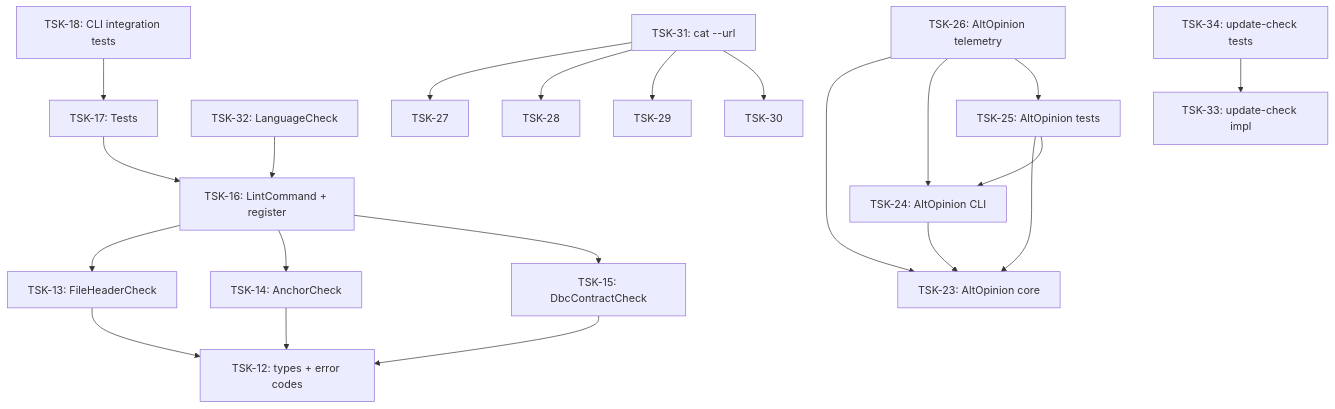
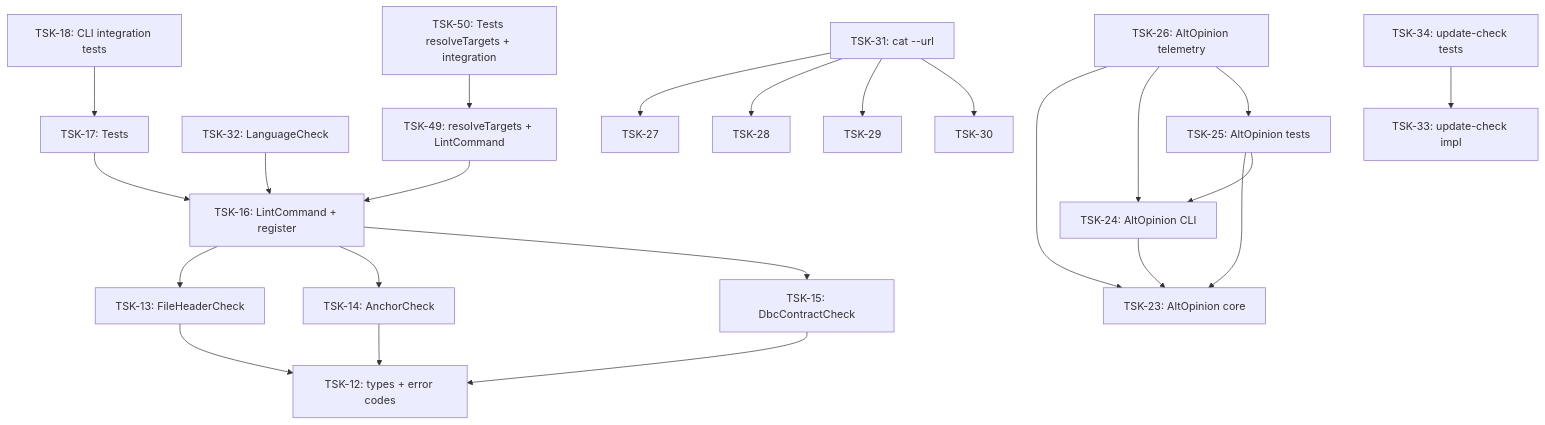
The diagram in tasks/cli/README.md (RubaXa/gennady), drawn with Mermaid before and after one commit. The commit also changed other lines of this file and 86 other files, not shown here.

First line of the commit message:
feat(cli/lint): resolveTargets + file headers cleanup

````diff
--- a/tasks/cli/README.md
+++ b/tasks/cli/README.md
@@ -31,38 +31,42 @@
 ```mermaid
 graph TD
     TSK-12[TSK-12: types + error codes]
     TSK-13[TSK-13: FileHeaderCheck]
     TSK-14[TSK-14: AnchorCheck]
     TSK-15[TSK-15: DbcContractCheck]
     TSK-16[TSK-16: LintCommand + register]
     TSK-17[TSK-17: Tests]
     TSK-13 --> TSK-12
     TSK-14 --> TSK-12
     TSK-15 --> TSK-12
     TSK-16 --> TSK-13
     TSK-16 --> TSK-14
     TSK-16 --> TSK-15
     TSK-17 --> TSK-16
     TSK-18[TSK-18: CLI integration tests]
     TSK-18 --> TSK-17
     TSK-32[TSK-32: LanguageCheck]
     TSK-32 --> TSK-16
+    TSK-49[TSK-49: resolveTargets + LintCommand]
+    TSK-49 --> TSK-16
+    TSK-50[TSK-50: Tests resolveTargets + integration]
+    TSK-50 --> TSK-49
     TSK-23[TSK-23: AltOpinion core]
     TSK-24[TSK-24: AltOpinion CLI]
     TSK-25[TSK-25: AltOpinion tests]
     TSK-24 --> TSK-23
     TSK-25 --> TSK-23
     TSK-25 --> TSK-24
     TSK-26[TSK-26: AltOpinion telemetry]
     TSK-26 --> TSK-23
     TSK-26 --> TSK-24
     TSK-26 --> TSK-25
     TSK-31[TSK-31: cat --url]
     TSK-31 --> TSK-27
     TSK-31 --> TSK-28
     TSK-31 --> TSK-29
     TSK-31 --> TSK-30
     TSK-33[TSK-33: update-check impl]
     TSK-34[TSK-34: update-check tests]
     TSK-34 --> TSK-33
 ```
````
